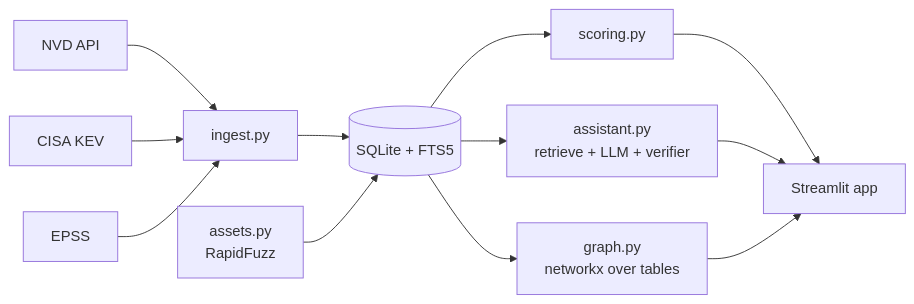
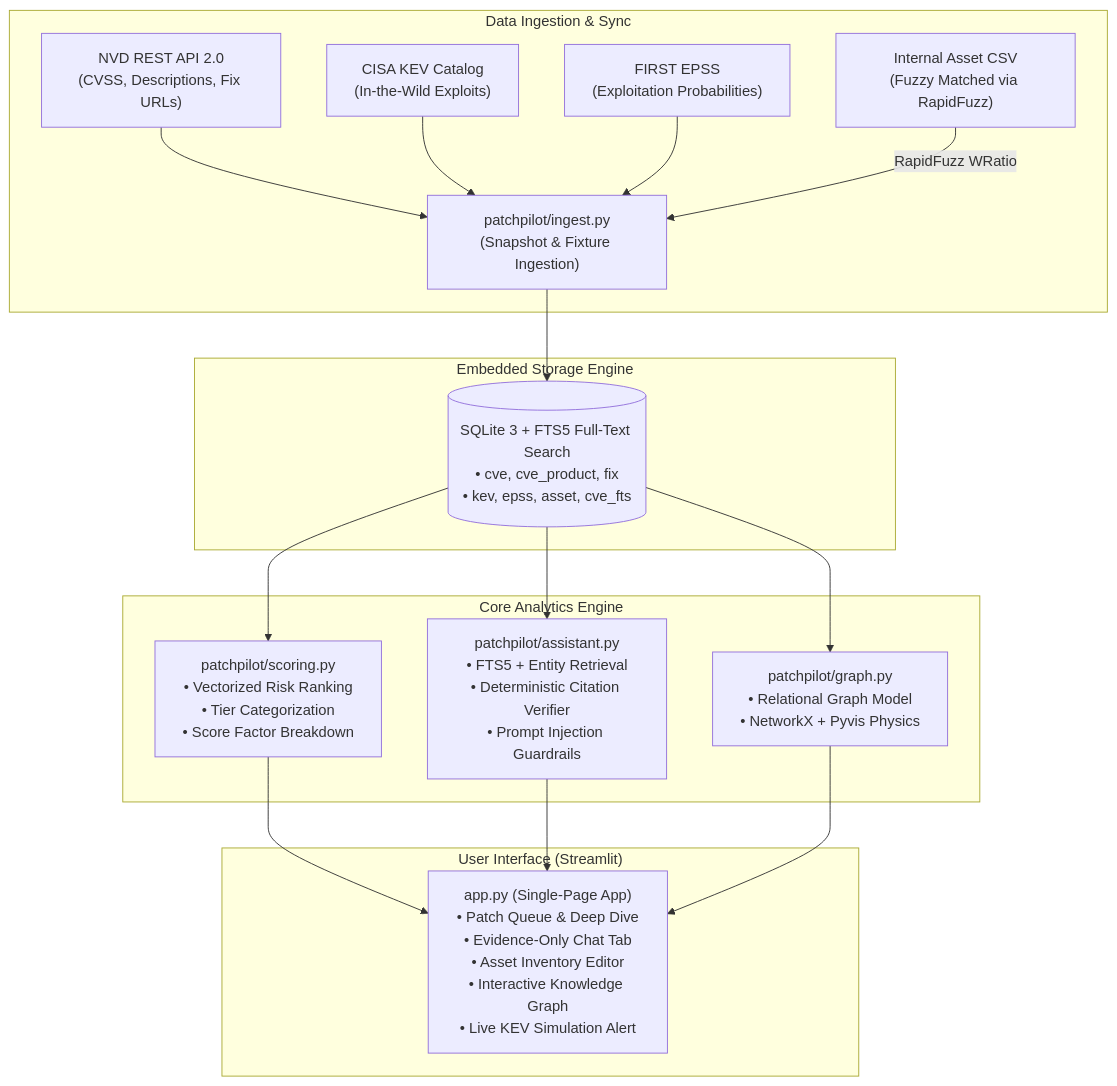
The diagram in README.md (Git-Dileep/Infothon_VVCE), drawn with Mermaid before and after one commit. The commit also changed other lines of this file and 3 other files, not shown here.

Commit message:
Dimple-4 & Dimple-5: assistant tab UI, new-KEV flow, README architecture, and demo guide

````diff
--- a/README.md
+++ b/README.md
@@ -38,14 +27,37 @@
 ```mermaid
-flowchart LR
-  NVD[NVD API] --> ING[ingest.py]
-  KEV[CISA KEV] --> ING
-  EPSS[EPSS] --> ING
-  ING --> DB[(SQLite + FTS5)]
-  DB --> SC[scoring.py]
-  DB --> AS[assistant.py<br/>retrieve + LLM + verifier]
-  DB --> GR[graph.py<br/>networkx over tables]
-  SC --> UI[Streamlit app]
-  AS --> UI
-  GR --> UI
-  AST[assets.py<br/>RapidFuzz] --> DB
+flowchart TD
+    subgraph Data_Pipeline["Data Ingestion & Sync"]
+        NVD["NVD REST API 2.0<br/>(CVSS, Descriptions, Fix URLs)"]
+        KEV["CISA KEV Catalog<br/>(In-the-Wild Exploits)"]
+        EPSS["FIRST EPSS<br/>(Exploitation Probabilities)"]
+        ASSET_CSV["Internal Asset CSV<br/>(Fuzzy Matched via RapidFuzz)"]
+        ING["patchpilot/ingest.py<br/>(Snapshot & Fixture Ingestion)"]
+        
+        NVD --> ING
+        KEV --> ING
+        EPSS --> ING
+        ASSET_CSV -->|RapidFuzz WRatio| ING
+    end
+
+    subgraph Storage["Embedded Storage Engine"]
+        DB[("SQLite 3 + FTS5 Full-Text Search<br/>• cve, cve_product, fix<br/>• kev, epss, asset, cve_fts")]
+        ING --> DB
+    end
+
+    subgraph Core_Logic["Core Analytics Engine"]
+        SC["patchpilot/scoring.py<br/>• Vectorized Risk Ranking<br/>• Tier Categorization<br/>• Score Factor Breakdown"]
+        AST["patchpilot/assistant.py<br/>• FTS5 + Entity Retrieval<br/>• Deterministic Citation Verifier<br/>• Prompt Injection Guardrails"]
+        GR["patchpilot/graph.py<br/>• Relational Graph Model<br/>• NetworkX + Pyvis Physics"]
+        
+        DB --> SC
+        DB --> AST
+        DB --> GR
+    end
+
+    subgraph Presentation["User Interface (Streamlit)"]
+        UI["app.py (Single-Page App)<br/>• Patch Queue & Deep Dive<br/>• Evidence-Only Chat Tab<br/>• Asset Inventory Editor<br/>• Interactive Knowledge Graph<br/>• Live KEV Simulation Alert"]
+        SC --> UI
+        AST --> UI
+        GR --> UI
+    end
 ```
````
